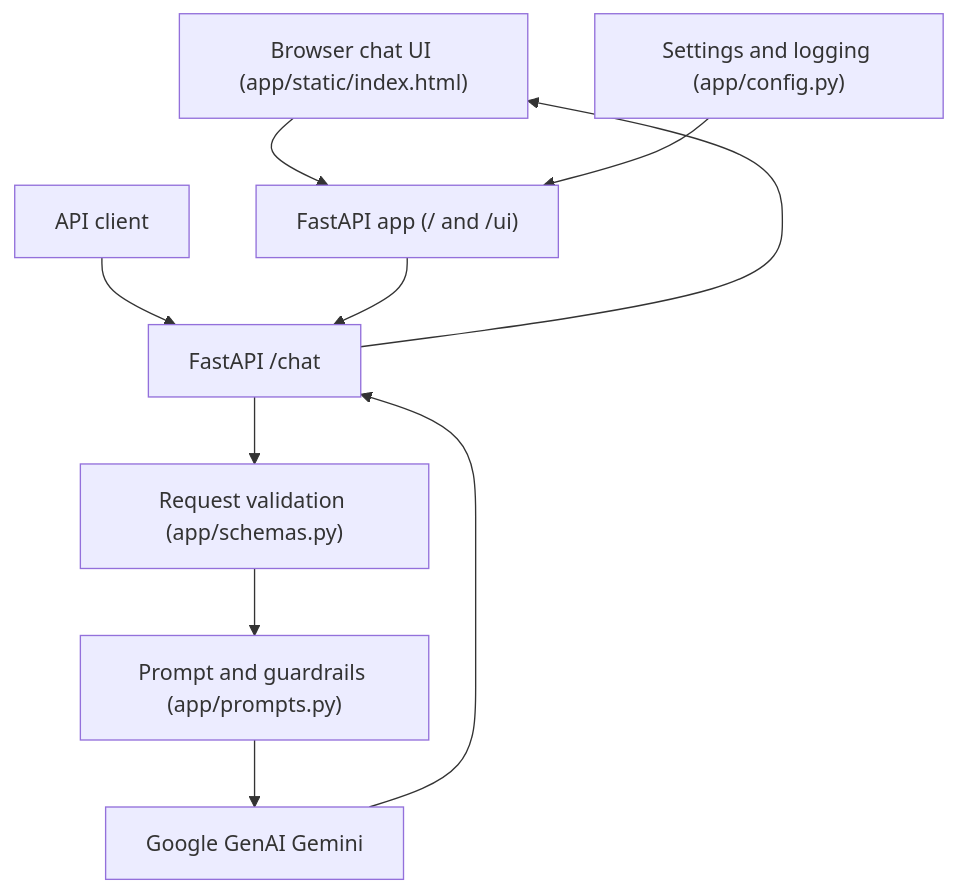
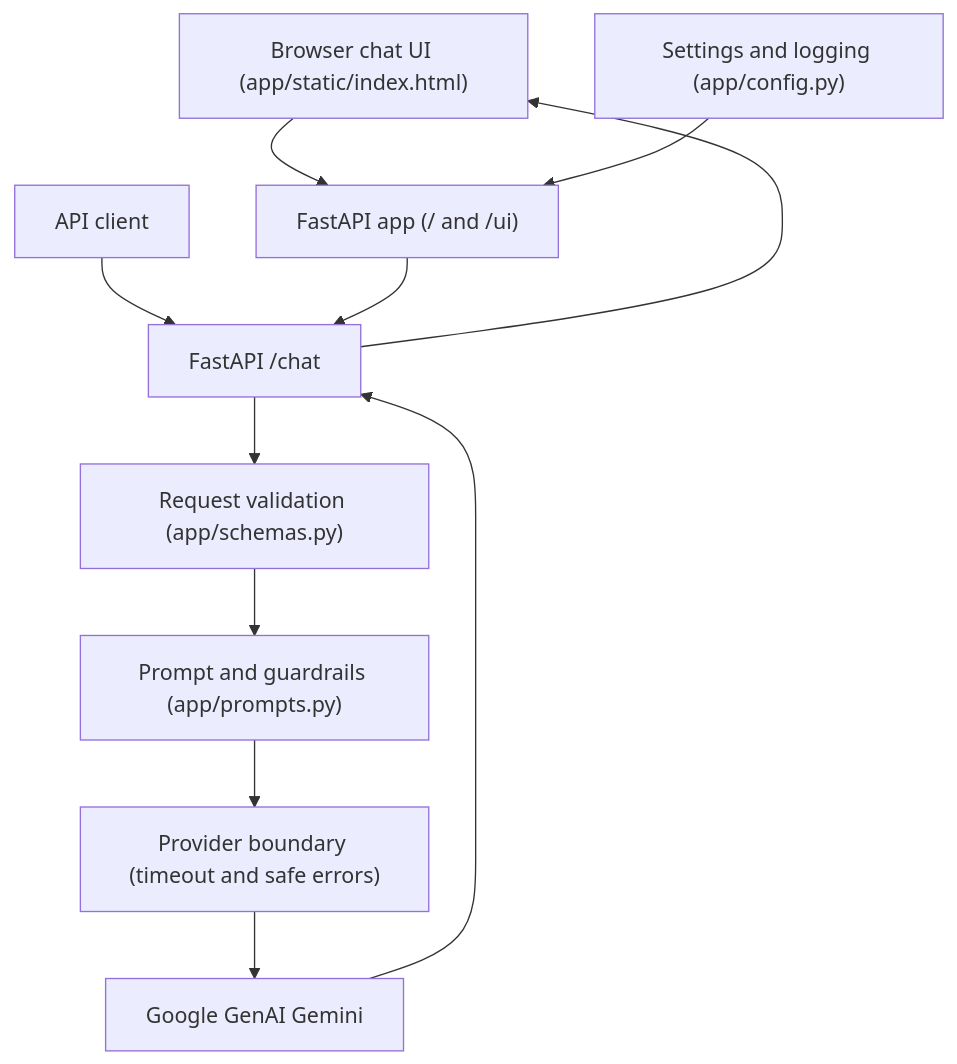
Before and after one commit to YahyaGhallali/AI-Engineering-ProblemSolving: the first of 2 diagrams in README.md, drawn with Mermaid. The commit also changed other lines of this file and 8 other files, not shown here.

````diff
--- a/README.md
+++ b/README.md
@@ -12,12 +12,13 @@
 ```mermaid
 flowchart TD
     UI["Browser chat UI (app/static/index.html)"] --> API["FastAPI app (/ and /ui)"]
     Client["API client"] --> CHAT["FastAPI /chat"]
     API --> CHAT
     CHAT --> Schema["Request validation (app/schemas.py)"]
     Schema --> Prompt["Prompt and guardrails (app/prompts.py)"]
-    Prompt --> LLM["Google GenAI Gemini"]
+    Prompt --> Boundary["Provider boundary (timeout and safe errors)"]
+    Boundary --> LLM["Google GenAI Gemini"]
     LLM --> CHAT
     CHAT --> UI
     Config["Settings and logging (app/config.py)"] --> API
 ```
````
